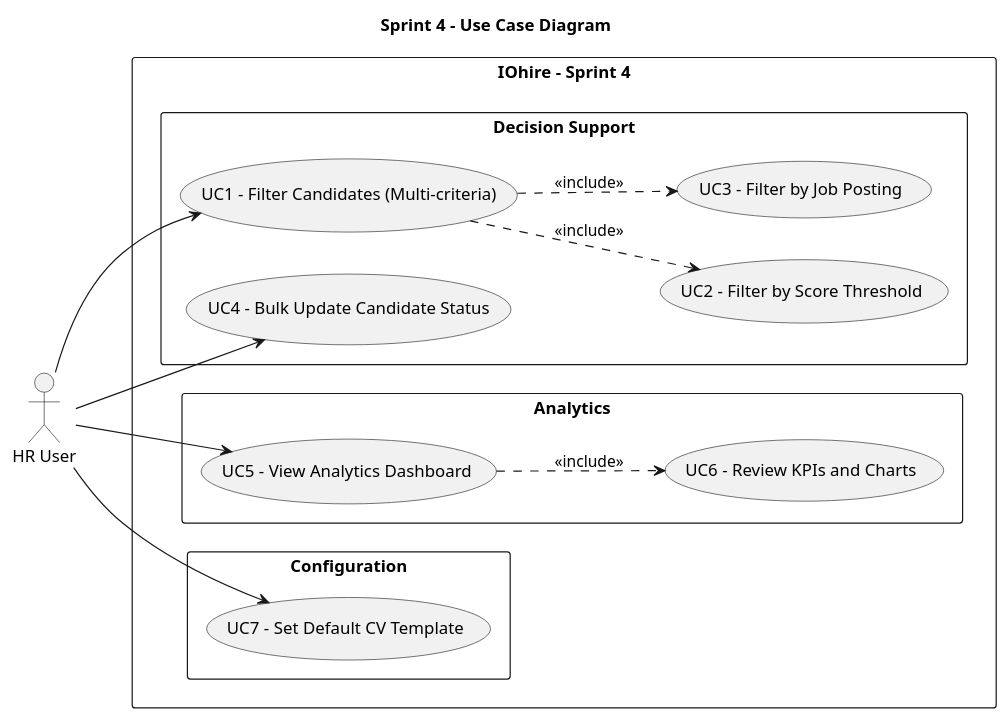
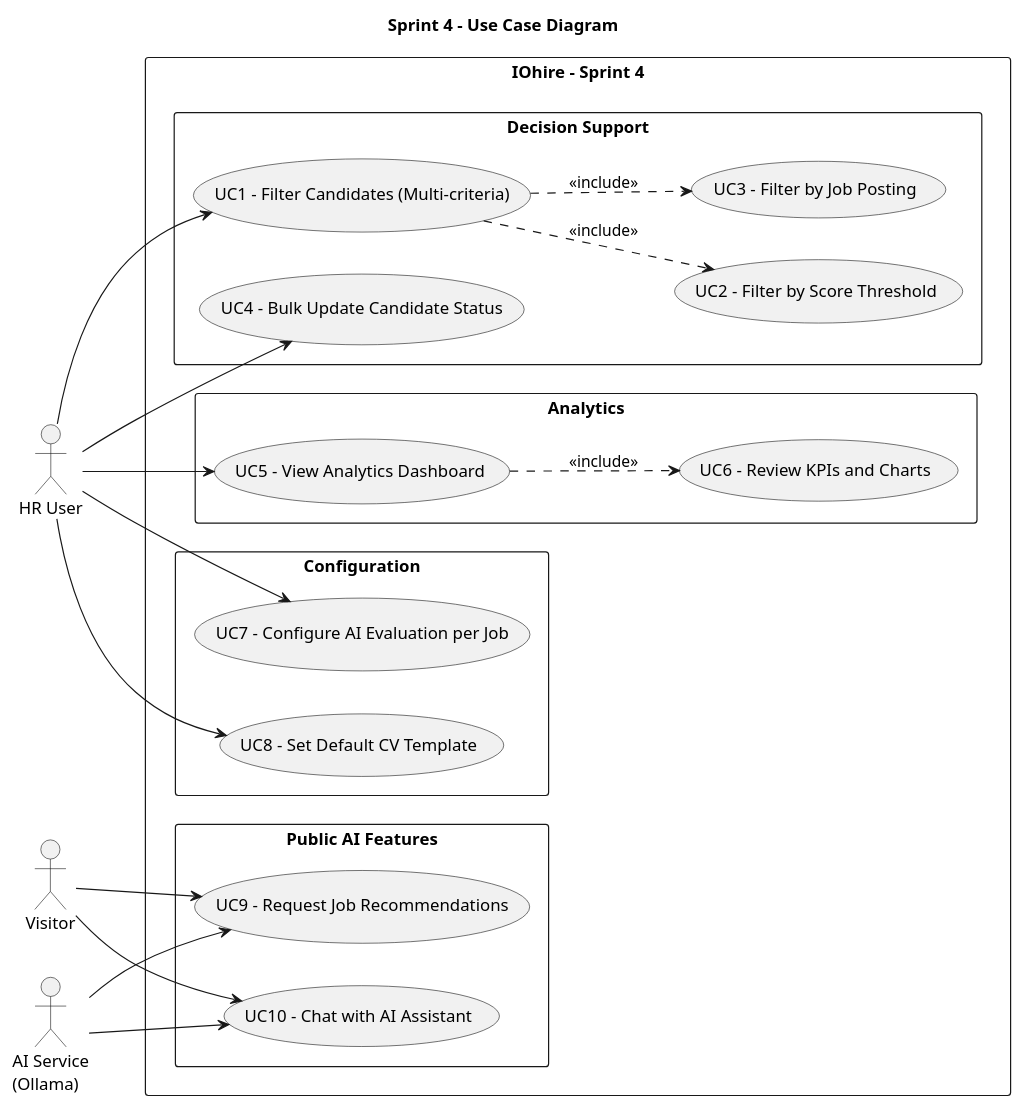
Before and after one commit to OussamaRhimi/IOhire: the diagram in docs/uml/sprint4_usecase.puml, drawn with PlantUML. The commit also changed 25 other files, not shown here.

```diff
--- a/docs/uml/sprint4_usecase.puml
+++ b/docs/uml/sprint4_usecase.puml
@@ -1,36 +1,51 @@
 @startuml
 title Sprint 4 - Use Case Diagram
 left to right direction
 skinparam packageStyle rectangle
 skinparam shadowing false
 
 actor "HR User" as A_HR
+actor Visitor as A_Visitor
+actor "AI Service\n(Ollama)" as A_AI
 
 rectangle "IOhire - Sprint 4" {
   package "Decision Support" {
     usecase "UC1 - Filter Candidates (Multi-criteria)" as UC1
     usecase "UC2 - Filter by Score Threshold" as UC2
     usecase "UC3 - Filter by Job Posting" as UC3
     usecase "UC4 - Bulk Update Candidate Status" as UC4
   }
 
   package "Analytics" {
     usecase "UC5 - View Analytics Dashboard" as UC5
     usecase "UC6 - Review KPIs and Charts" as UC6
   }
 
   package "Configuration" {
-    usecase "UC7 - Set Default CV Template" as UC7
+    usecase "UC7 - Configure AI Evaluation per Job" as UC7
+    usecase "UC8 - Set Default CV Template" as UC8
+  }
+
+  package "Public AI Features" {
+    usecase "UC9 - Request Job Recommendations" as UC9
+    usecase "UC10 - Chat with AI Assistant" as UC10
   }
 }
 
 A_HR --> UC1
 A_HR --> UC4
 A_HR --> UC5
 A_HR --> UC7
+A_HR --> UC8
+
+A_Visitor --> UC9
+A_Visitor --> UC10
 
 UC1 ..> UC2 : <<include>>
 UC1 ..> UC3 : <<include>>
 UC5 ..> UC6 : <<include>>
 
+A_AI --> UC9
+A_AI --> UC10
+
 @enduml
```
